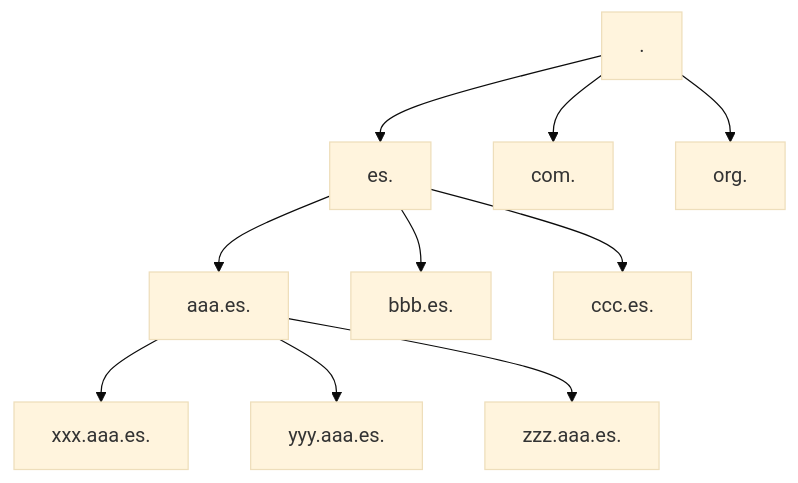
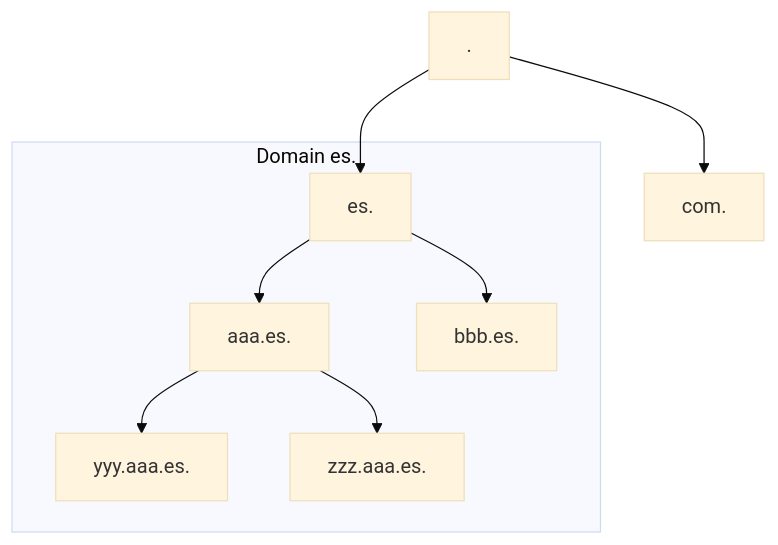
Before and after one commit to uo294319/Notes: the diagram in 4S1/4S1_Servicios/data/T3-1.md, drawn with Mermaid (base theme). The commit also changed other lines of this file, not shown here.

Commit message:
Desktop-AAM 2025-11-6:15:8:11

````diff
--- a/4S1/4S1_Servicios/data/T3-1.md
+++ b/4S1/4S1_Servicios/data/T3-1.md
@@ -19,15 +18,13 @@
 ```mermaid
-graph TD
+flowchart TB
     Root[.] --> ES[es.]
     Root --> COM[com.]
-    Root --> org[org.]
     
+	subgraph "Domain es."
     ES --> A[aaa.es.]
     ES --> B[bbb.es.]
-    ES --> C[ccc.es.]
     
-    A --> AX[xxx.aaa.es.]
     A --> AY[yyy.aaa.es.]
     A --> AZ[zzz.aaa.es.]
-
+    end
 ```
````
